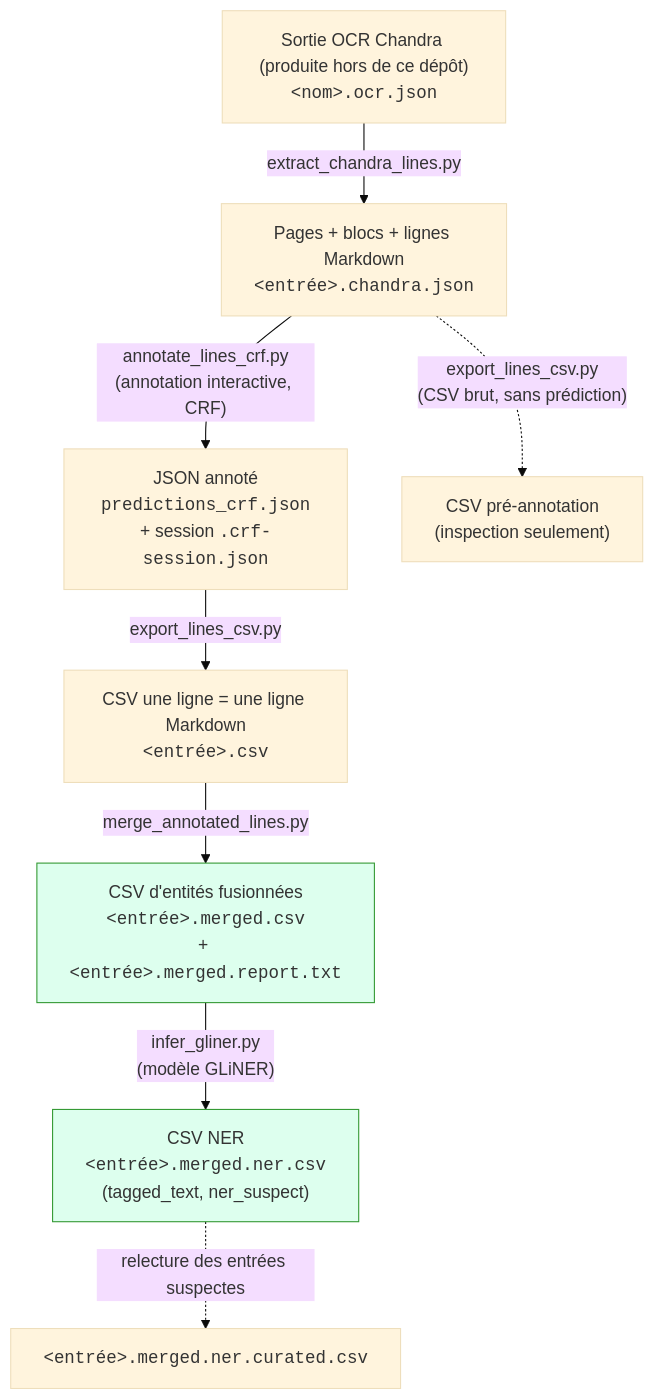
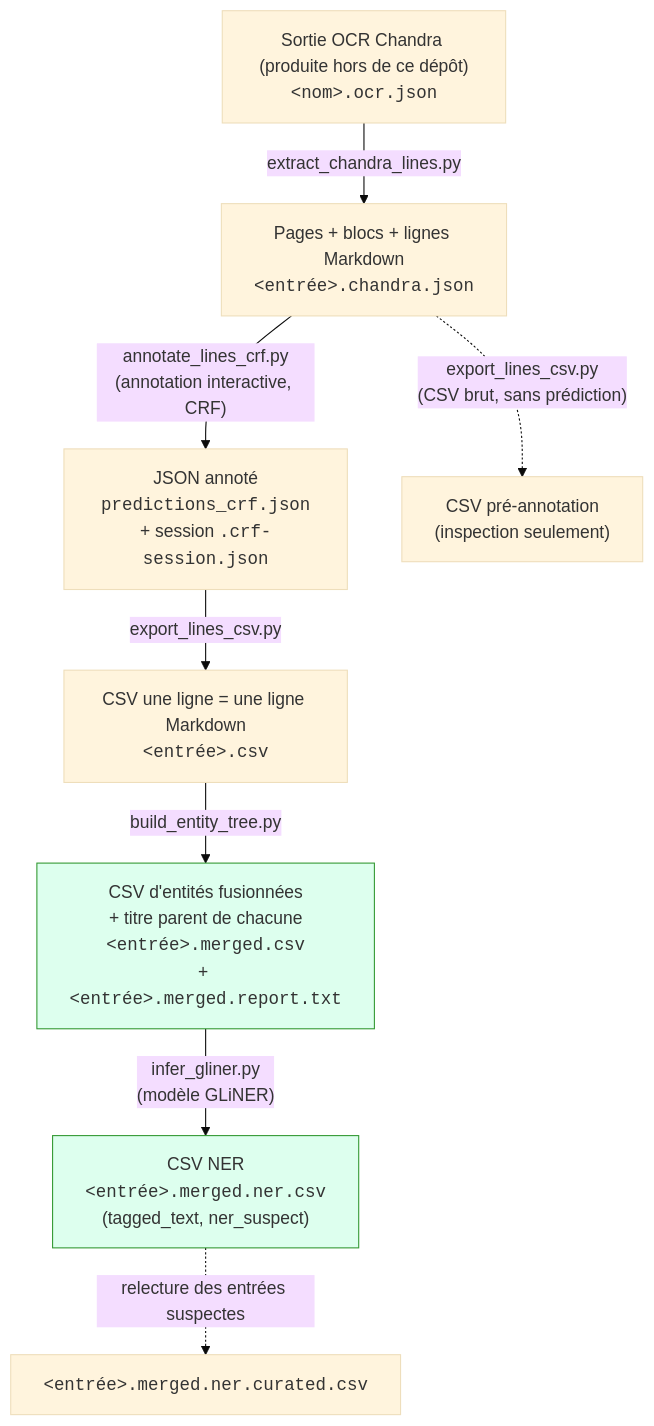
Before and after one commit to HueyNemud/adresses_revolutionnaires: the first of 3 diagrams in README.md, drawn with Mermaid (base theme). The commit also changed other lines of this file and 9 other files, not shown here.

First line of the commit message:
Rename merge_annotated_lines.py to build_entity_tree.py and add the title tree

````diff
--- a/README.md
+++ b/README.md
@@ -29,15 +29,15 @@
 ```mermaid
 flowchart TD
     B["Sortie OCR Chandra (produite hors de ce dépôt)<br/><code>&lt;nom&gt;.ocr.json</code>"]
     B -->|"extract_chandra_lines.py"| C["Pages + blocs + lignes Markdown<br/><code>&lt;entrée&gt;.chandra.json</code>"]
     C -->|"annotate_lines_crf.py<br/>(annotation interactive, CRF)"| D["JSON annoté<br/><code>predictions_crf.json</code><br/>+ session <code>.crf-session.json</code>"]
     D -->|"export_lines_csv.py"| E["CSV une ligne = une ligne Markdown<br/><code>&lt;entrée&gt;.csv</code>"]
-    E -->|"merge_annotated_lines.py"| F["CSV d'entités fusionnées<br/><code>&lt;entrée&gt;.merged.csv</code><br/>+ <code>&lt;entrée&gt;.merged.report.txt</code>"]
+    E -->|"build_entity_tree.py"| F["CSV d'entités fusionnées<br/>+ titre parent de chacune<br/><code>&lt;entrée&gt;.merged.csv</code><br/>+ <code>&lt;entrée&gt;.merged.report.txt</code>"]
     F -->|"infer_gliner.py<br/>(modèle GLiNER)"| H["CSV NER<br/><code>&lt;entrée&gt;.merged.ner.csv</code><br/>(tagged_text, ner_suspect)"]
     H -.->|"relecture des entrées suspectes"| H2["<code>&lt;entrée&gt;.merged.ner.curated.csv</code>"]
 
     C -.->|"export_lines_csv.py<br/>(CSV brut, sans prédiction)"| E2["CSV pré-annotation<br/>(inspection seulement)"]
 
     style F fill:#dfe,stroke:#393
     style H fill:#dfe,stroke:#393
 ```
````
